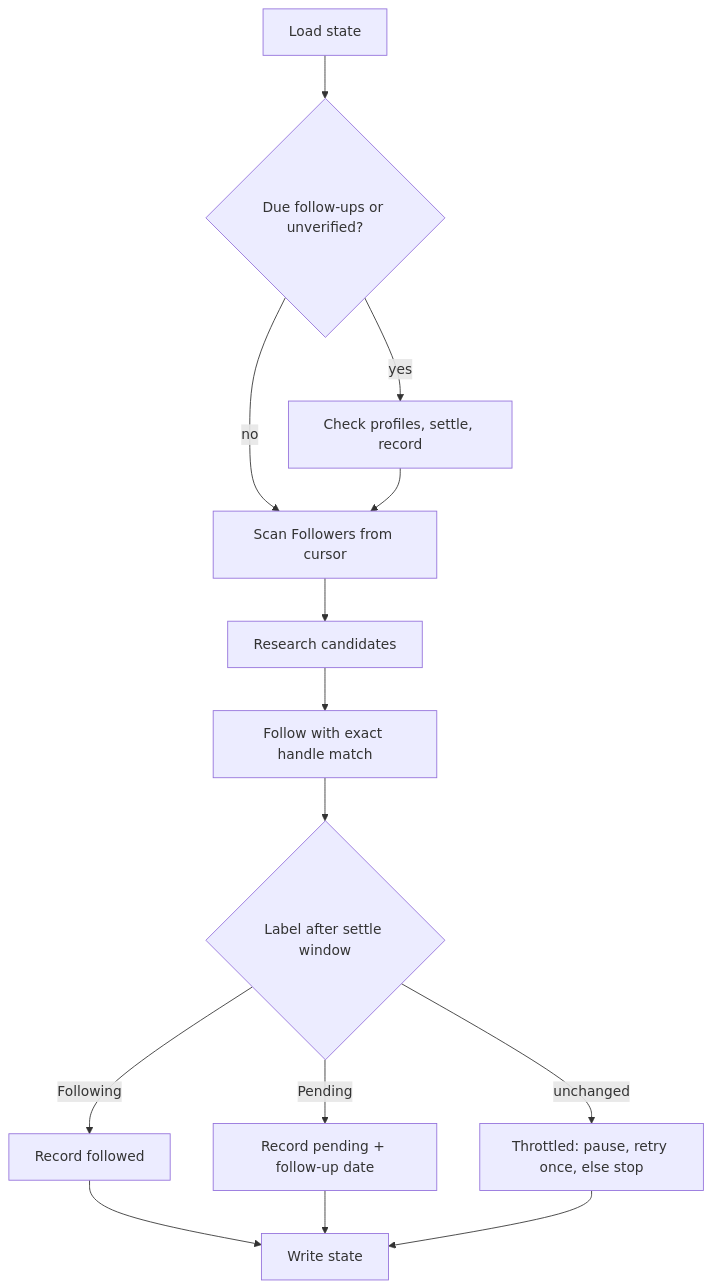
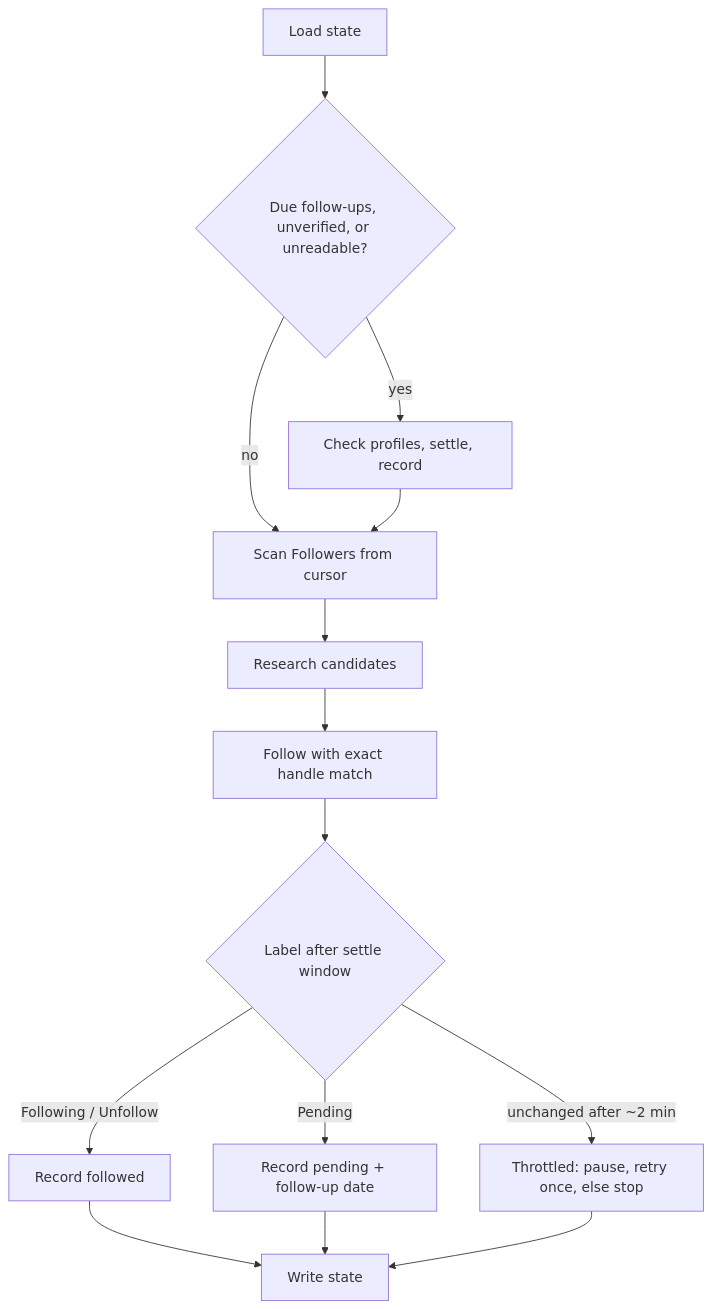
Before and after one commit to johndkane/agent-skills: the second of 2 diagrams in lode/skills/twitter-followback.md, drawn with Mermaid. The commit also changed other lines of this file and 17 other files, not shown here.

````diff
--- a/lode/skills/twitter-followback.md
+++ b/lode/skills/twitter-followback.md
@@ -52,16 +60,16 @@
 ```mermaid
 flowchart TD
-    A[Load state] --> B{Due follow-ups or unverified?}
+    A[Load state] --> B{Due follow-ups, unverified, or unreadable?}
     B -- yes --> C[Check profiles, settle, record]
     B -- no --> D[Scan Followers from cursor]
     C --> D
     D --> E[Research candidates]
     E --> F[Follow with exact handle match]
     F --> G{Label after settle window}
-    G -- Following --> H[Record followed]
+    G -- Following / Unfollow --> H[Record followed]
     G -- Pending --> I[Record pending + follow-up date]
-    G -- unchanged --> J[Throttled: pause, retry once, else stop]
+    G -- unchanged after ~2 min --> J[Throttled: pause, retry once, else stop]
     H --> K[Write state]
     I --> K
     J --> K
 ```
````
